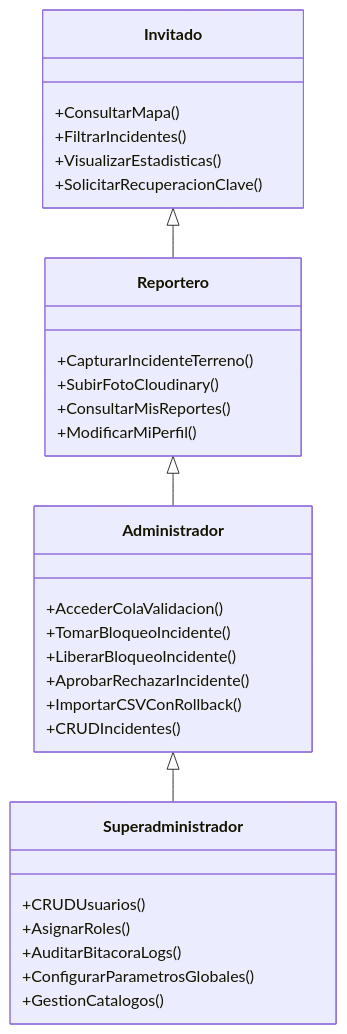
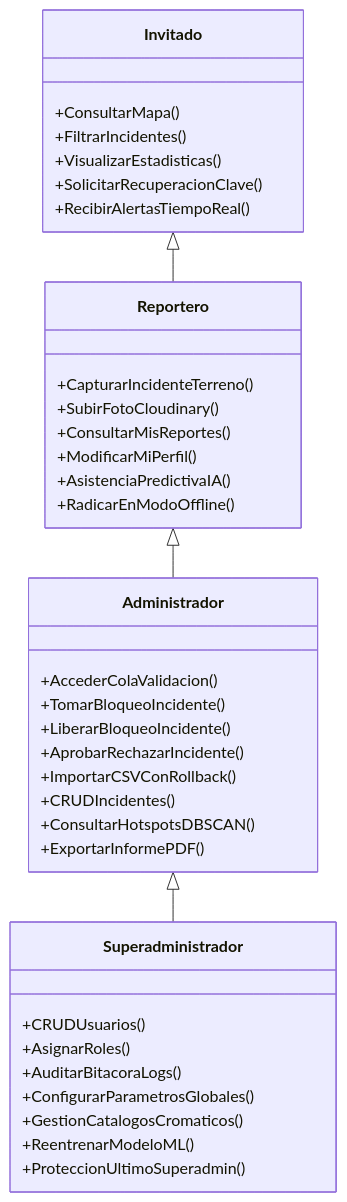
One commit to DF-VeraP/SIGI changed the diagram in documentacion/DocumentosFinales/Markdown/01_ERS_SIGI_IEEE830.md. Above: the diagram before and after it, drawn with Mermaid. The commit also changed other lines of this file and 46 other files, not shown here.

Commit message:
feat(seguridad): control y desbloqueo perimetral de IPs, unificacion de iconos, eliminacion de emojis, actualizacion de documentacion y diagramas Draw.io

````diff
--- a/documentacion/DocumentosFinales/Markdown/01_ERS_SIGI_IEEE830.md
+++ b/documentacion/DocumentosFinales/Markdown/01_ERS_SIGI_IEEE830.md
@@ -133,34 +154,41 @@
 ```mermaid
 classDiagram
     class Invitado {
         +ConsultarMapa()
         +FiltrarIncidentes()
         +VisualizarEstadisticas()
         +SolicitarRecuperacionClave()
+        +RecibirAlertasTiempoReal()
     }
     class Reportero {
         +CapturarIncidenteTerreno()
         +SubirFotoCloudinary()
         +ConsultarMisReportes()
         +ModificarMiPerfil()
+        +AsistenciaPredictivaIA()
+        +RadicarEnModoOffline()
     }
     class Administrador {
         +AccederColaValidacion()
         +TomarBloqueoIncidente()
         +LiberarBloqueoIncidente()
         +AprobarRechazarIncidente()
         +ImportarCSVConRollback()
         +CRUDIncidentes()
+        +ConsultarHotspotsDBSCAN()
+        +ExportarInformePDF()
     }
     class Superadministrador {
         +CRUDUsuarios()
         +AsignarRoles()
         +AuditarBitacoraLogs()
         +ConfigurarParametrosGlobales()
-        +GestionCatalogos()
+        +GestionCatalogosCromaticos()
+        +ReentrenarModeloML()
+        +ProteccionUltimoSuperadmin()
     }
 
     Invitado <|-- Reportero
     Reportero <|-- Administrador
     Administrador <|-- Superadministrador
 ```
````
